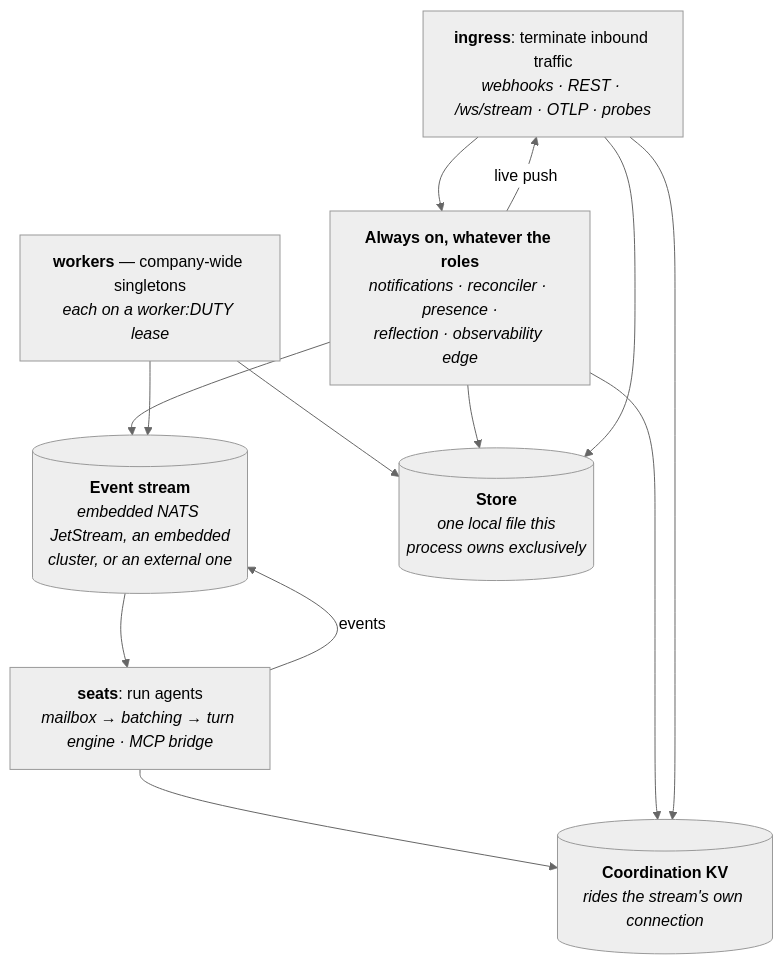
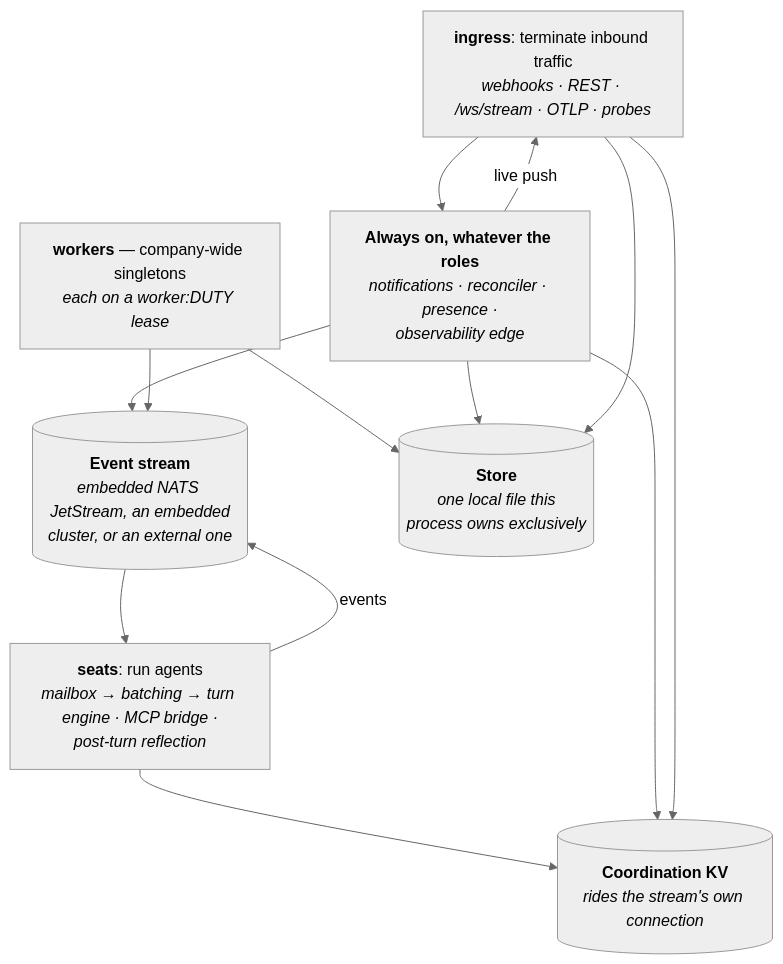
The third of 10 diagrams in docs/concepts/architecture.md (crewlet/crewlet), drawn with Mermaid (neutral theme) before and after one commit. The commit also changed other lines of this file and 27 other files, not shown here.

````diff
--- a/docs/concepts/architecture.md
+++ b/docs/concepts/architecture.md
@@ -113,21 +113,21 @@
 ```mermaid
 flowchart TB
     ING["<b>ingress</b>: terminate inbound traffic<br/><i>webhooks · REST · /ws/stream · OTLP · probes</i>"]
-    ALWAYS["<b>Always on, whatever the roles</b><br/><i>notifications · reconciler · presence ·<br/>reflection · observability edge</i>"]
-    SEATS["<b>seats</b>: run agents<br/><i>mailbox → batching → turn engine · MCP bridge</i>"]
+    ALWAYS["<b>Always on, whatever the roles</b><br/><i>notifications · reconciler · presence ·<br/>observability edge</i>"]
+    SEATS["<b>seats</b>: run agents<br/><i>mailbox → batching → turn engine · MCP bridge ·<br/>post-turn reflection</i>"]
     WORK["<b>workers</b> — company-wide singletons<br/><i>each on a worker:DUTY lease</i>"]
     STREAM[("<b>Event stream</b><br/><i>embedded NATS JetStream, an embedded<br/>cluster, or an external one</i>")]
     KV[("<b>Coordination KV</b><br/><i>rides the stream's own connection</i>")]
     DB[("<b>Store</b><br/><i>one local file this<br/>process owns exclusively</i>")]
 
     ING --> ALWAYS --> STREAM --> SEATS
     SEATS -->|events| STREAM
     SEATS --> KV
     WORK --> STREAM
     WORK --> DB
     ALWAYS -->|"live push"| ING
     ALWAYS --> KV
     ALWAYS --> DB
     ING --> KV
     ING --> DB
 ```
````
